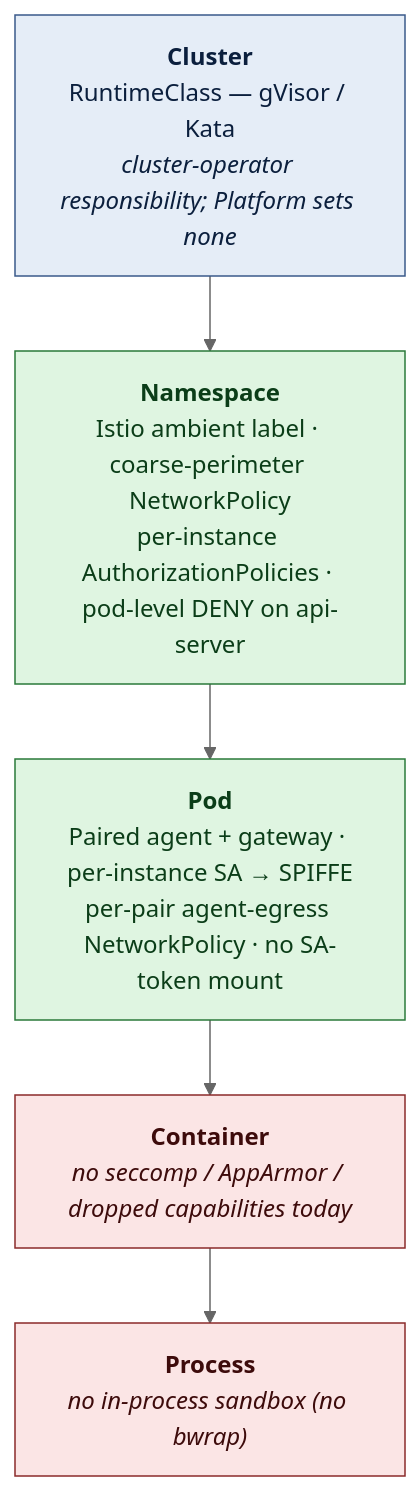
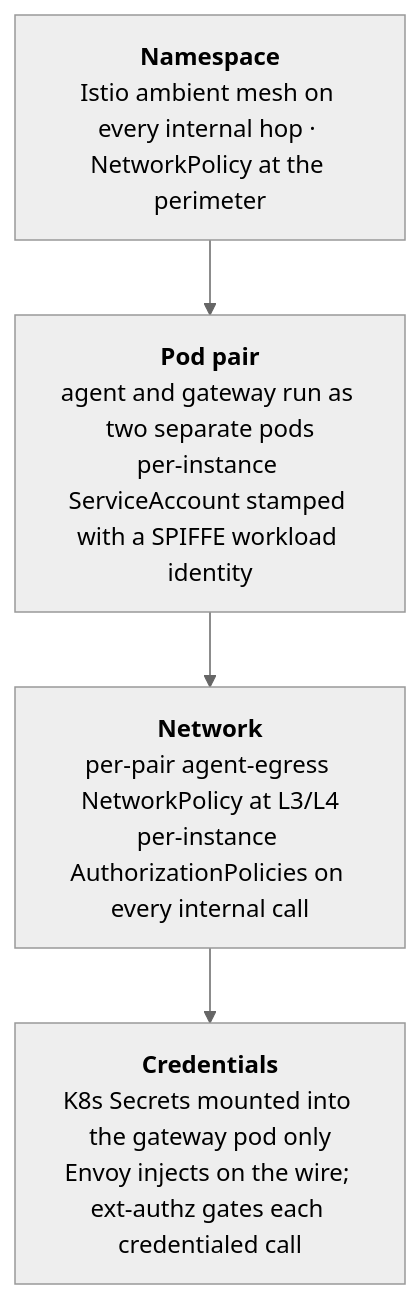
One commit to dam-agents/dam changed the first of 2 diagrams in docs/strategy/security-overview.md. Above: the diagram before and after it, drawn with Mermaid (neutral theme). The commit also changed other lines of this file, not shown here.

````diff
--- a/docs/strategy/security-overview.md
+++ b/docs/strategy/security-overview.md
@@ -19,17 +10,8 @@
 ```mermaid
 flowchart TB
-  L1["<b>Cluster</b><br/>RuntimeClass — gVisor / Kata<br/><i>cluster-operator responsibility; Platform sets none</i>"]
-  L2["<b>Namespace</b><br/>Istio ambient label · coarse-perimeter NetworkPolicy<br/>per-instance AuthorizationPolicies · pod-level DENY on api-server"]
-  L3["<b>Pod</b><br/>Paired agent + gateway · per-instance SA → SPIFFE<br/>per-pair agent-egress NetworkPolicy · no SA-token mount"]
-  L4["<b>Container</b><br/><i>no seccomp / AppArmor / dropped capabilities today</i>"]
-  L5["<b>Process</b><br/><i>no in-process sandbox (no bwrap)</i>"]
-
-  L1 --> L2 --> L3 --> L4 --> L5
-
-  classDef owned fill:#dff5e1,stroke:#2a7a3a,color:#0b3d18
-  classDef external fill:#e5edf7,stroke:#3a5a8a,color:#0b1f3d
-  classDef gap fill:#fbe5e5,stroke:#8a2a2a,color:#3d0b0b
-  class L1 external
-  class L2,L3 owned
-  class L4,L5 gap
+  L1["<b>Namespace</b><br/>Istio ambient mesh on every internal hop · NetworkPolicy at the perimeter"]
+  L2["<b>Pod pair</b><br/>agent and gateway run as two separate pods<br/>per-instance ServiceAccount stamped with a SPIFFE workload identity"]
+  L3["<b>Network</b><br/>per-pair agent-egress NetworkPolicy at L3/L4<br/>per-instance AuthorizationPolicies on every internal call"]
+  L4["<b>Credentials</b><br/>K8s Secrets mounted into the gateway pod only<br/>Envoy injects on the wire; ext-authz gates each credentialed call"]
+  L1 --> L2 --> L3 --> L4
 ```
````
